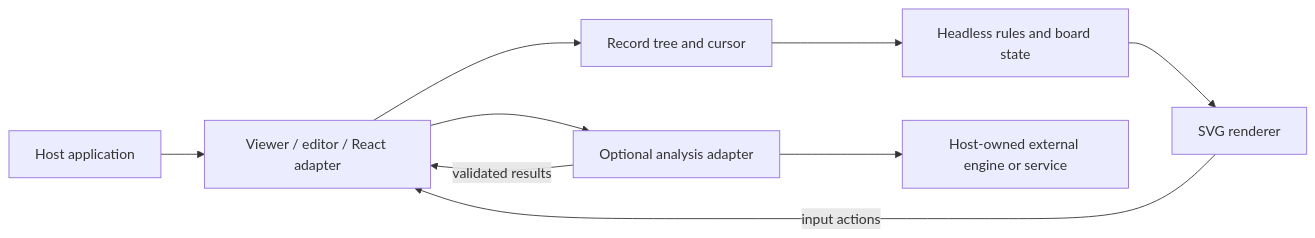
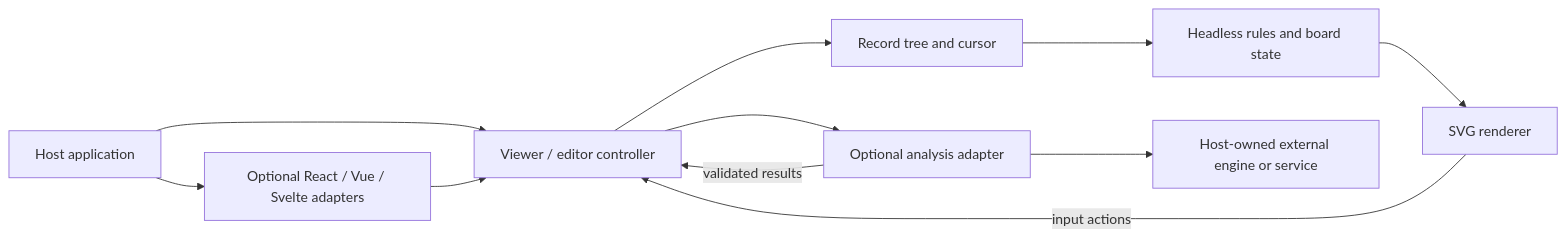
One commit to 0disoft/banora changed the diagram in ARCHITECTURE.md. Above: the diagram before and after it, drawn with Mermaid. The commit also changed other lines of this file and 19 other files, not shown here.

Commit message:
📝docs: plan official React Vue and Svelte adapters

````diff
--- a/ARCHITECTURE.md
+++ b/ARCHITECTURE.md
@@ -34,11 +35,13 @@
 ```mermaid
 flowchart LR
-  Host[Host application] --> Viewer[Viewer / editor / React adapter]
+  Host[Host application] --> Viewer[Viewer / editor controller]
+  Host --> Adapters[Optional React / Vue / Svelte adapters]
+  Adapters --> Viewer
   Viewer --> Records[Record tree and cursor]
   Records --> Core[Headless rules and board state]
   Core --> SVG[SVG renderer]
   SVG -->|input actions| Viewer
   Viewer --> AI[Optional analysis adapter]
   AI --> Provider[Host-owned external engine or service]
   AI -->|validated results| Viewer
 ```
````
